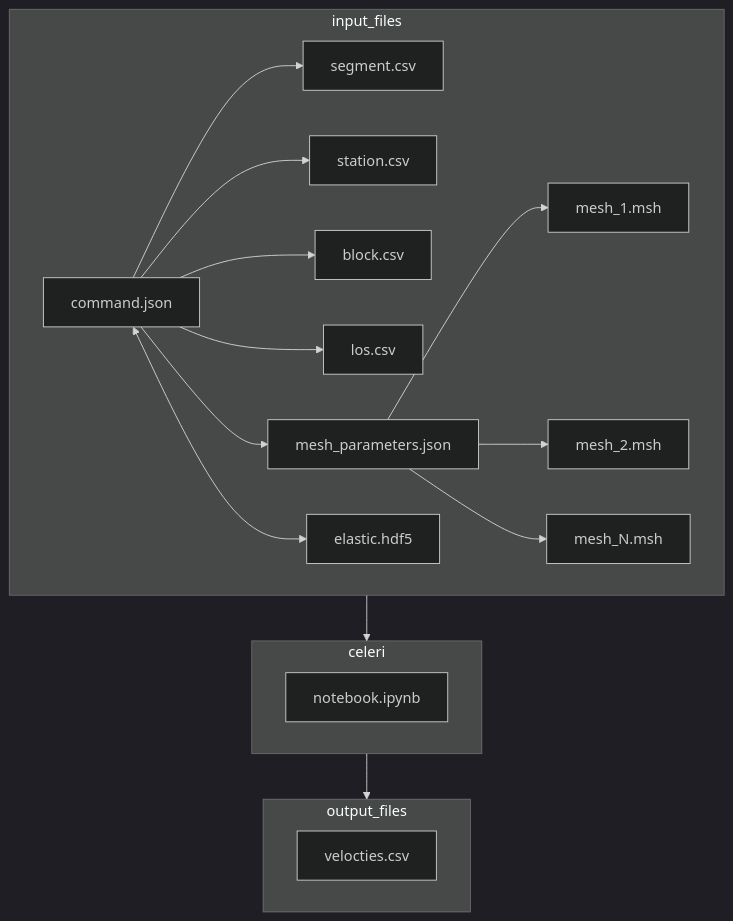
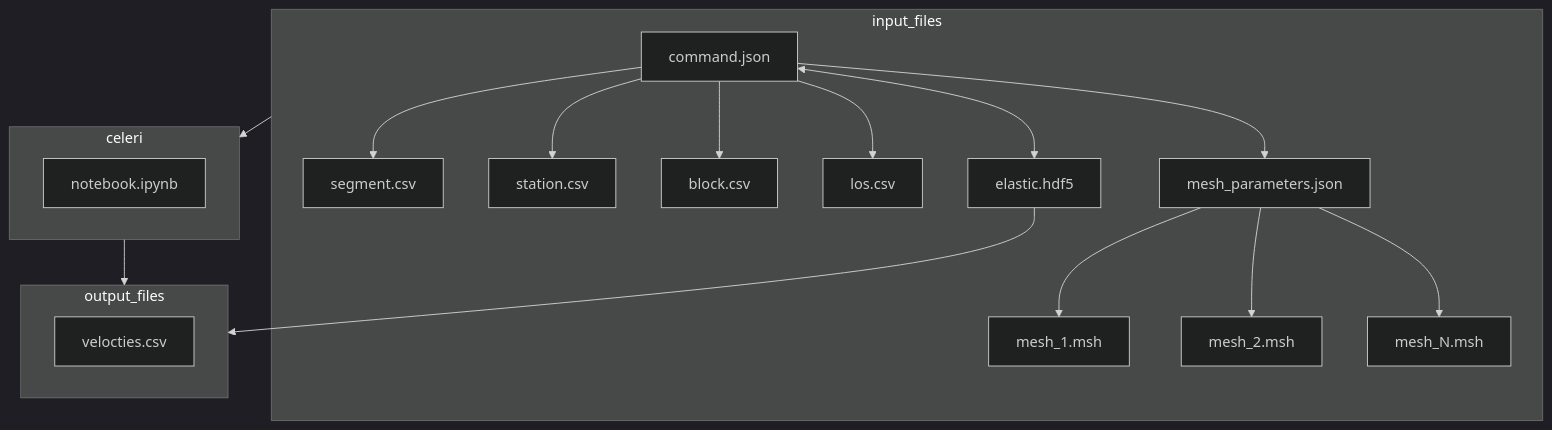
One commit to brendanjmeade/celeri changed the second of 2 diagrams in README.md. Above: the diagram before and after it, drawn with Mermaid (dark theme).

Commit message:
Trying node to subgraph

````diff
--- a/README.md
+++ b/README.md
@@ -40,22 +40,23 @@
 ```mermaid
 flowchart TD
     subgraph input_files
     command.json-->segment.csv
     command.json-->station.csv
     command.json-->block.csv
     command.json-->los.csv
     command.json-->mesh_parameters.json
     mesh_parameters.json-->mesh_1.msh
     mesh_parameters.json-->mesh_2.msh
     mesh_parameters.json-->mesh_N.msh
     command.json<-->elastic.hdf5
     end
     subgraph celeri
     notebook.ipynb
     end
     subgraph output_files
     velocties.csv
     end
+    elastic.hdf5 --> output_files
     input_files --> celeri
     celeri --> output_files
 ```
````
